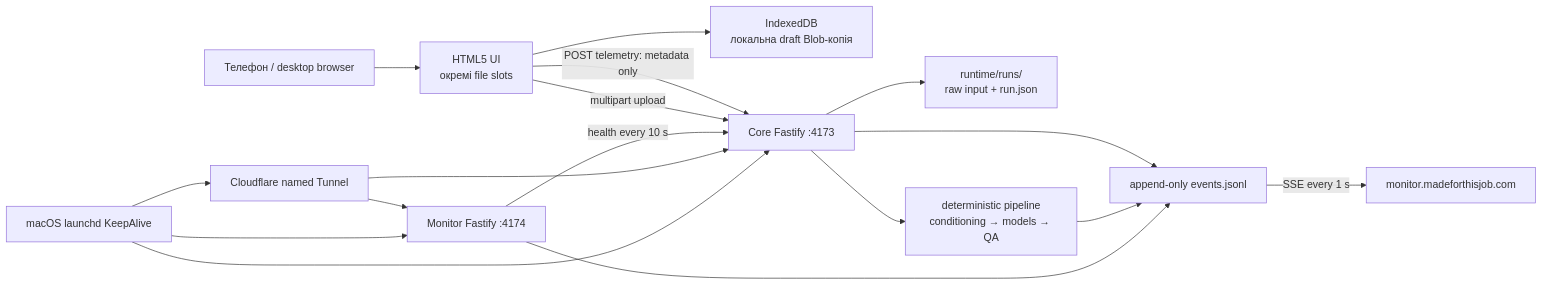
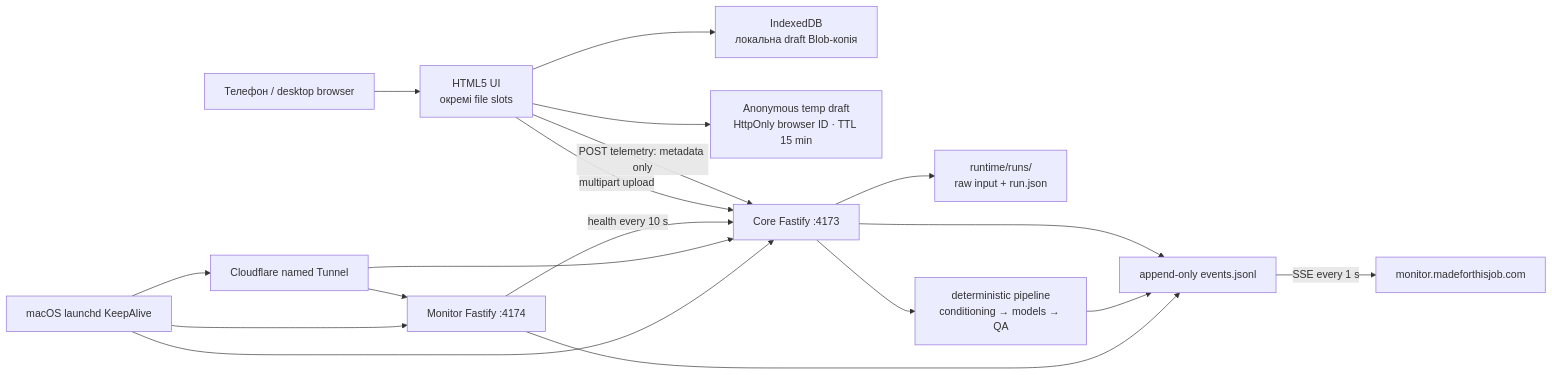
Before and after one commit to edwin0912-00/wardrobe-web2: the diagram in docs/LIVE_MONITORING_UA.md, drawn with Mermaid. The commit also changed other lines of this file and 7 other files, not shown here.

````diff
--- a/docs/LIVE_MONITORING_UA.md
+++ b/docs/LIVE_MONITORING_UA.md
@@ -5,19 +5,20 @@
 ```mermaid
 flowchart LR
   A["Телефон / desktop browser"] --> B["HTML5 UI\nокремі file slots"]
   B --> C["IndexedDB\nлокальна draft Blob-копія"]
+  B --> T["Anonymous temp draft\nHttpOnly browser ID · TTL 15 min"]
   B -->|"POST telemetry: metadata only"| D["Core Fastify :4173"]
   B -->|"multipart upload"| D
   D --> E["runtime/runs/<run-id>\nraw input + run.json"]
   D --> F["deterministic pipeline\nconditioning → models → QA"]
   D --> G["append-only events.jsonl"]
   F --> G
   H["Monitor Fastify :4174"] --> G
   H -->|"health every 10 s"| D
   G -->|"SSE every 1 s"| I["monitor.madeforthisjob.com"]
   J["Cloudflare named Tunnel"] --> D
   J --> H
   K["macOS launchd KeepAlive"] --> D
   K --> H
   K --> J
 ```
````
